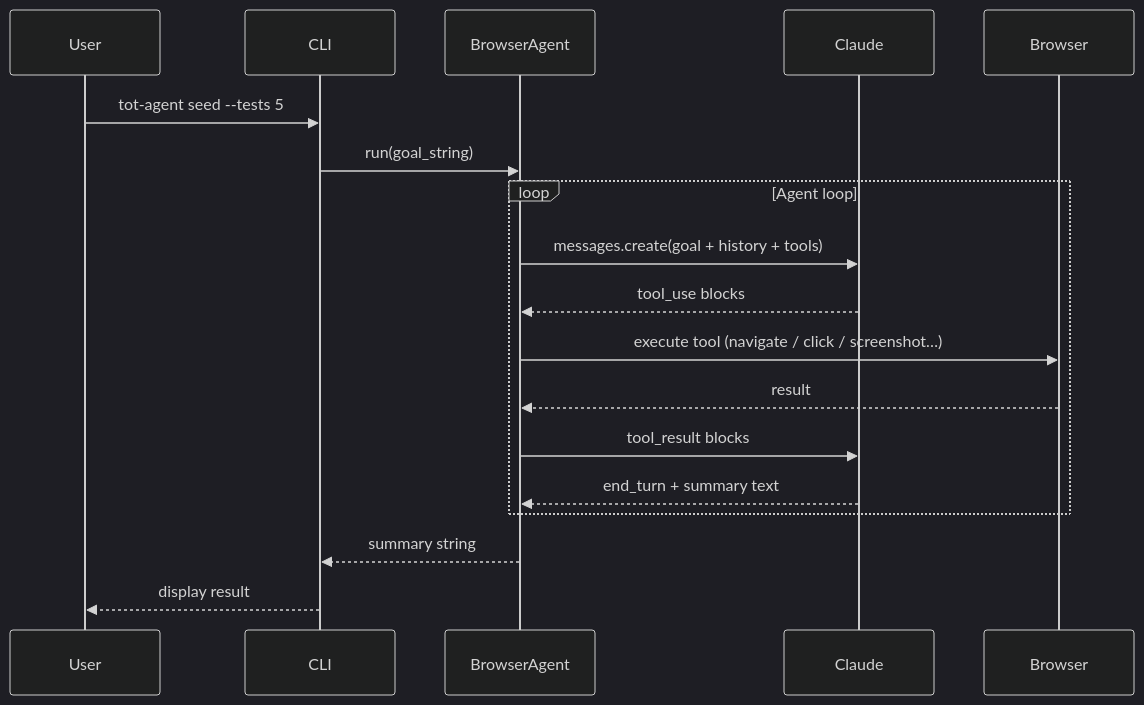
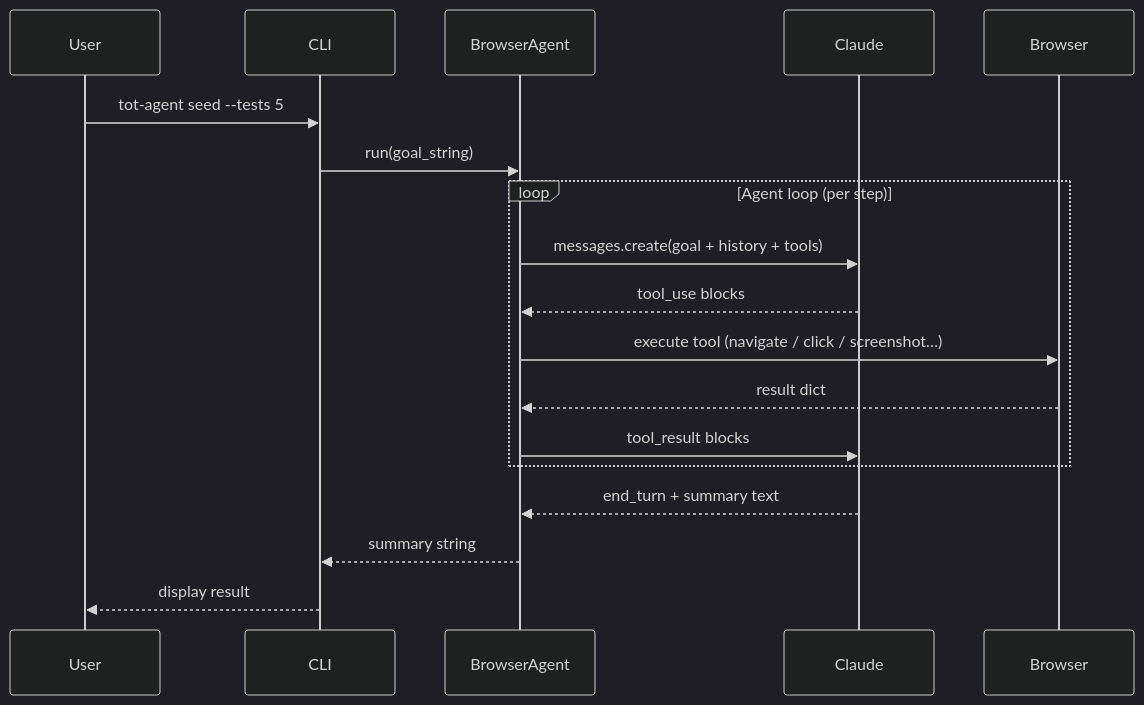
One commit to mattbriggs/this-or-that-agent changed the first of 2 diagrams in site/index.md. Above: the diagram before and after it, drawn with Mermaid (dark theme). The commit also changed other lines of this file and 11 other files, not shown here.

````diff
--- a/site/index.md
+++ b/site/index.md
@@ -11,21 +34,21 @@
 ```mermaid
 sequenceDiagram
     participant User
     participant CLI
     participant BrowserAgent
     participant Claude
     participant Browser
 
     User->>CLI: tot-agent seed --tests 5
     CLI->>BrowserAgent: run(goal_string)
-    loop Agent loop
+    loop Agent loop (per step)
         BrowserAgent->>Claude: messages.create(goal + history + tools)
         Claude-->>BrowserAgent: tool_use blocks
         BrowserAgent->>Browser: execute tool (navigate / click / screenshot…)
-        Browser-->>BrowserAgent: result
+        Browser-->>BrowserAgent: result dict
         BrowserAgent->>Claude: tool_result blocks
-        Claude-->>BrowserAgent: end_turn + summary text
     end
+    Claude-->>BrowserAgent: end_turn + summary text
     BrowserAgent-->>CLI: summary string
     CLI-->>User: display result
 ```
````
